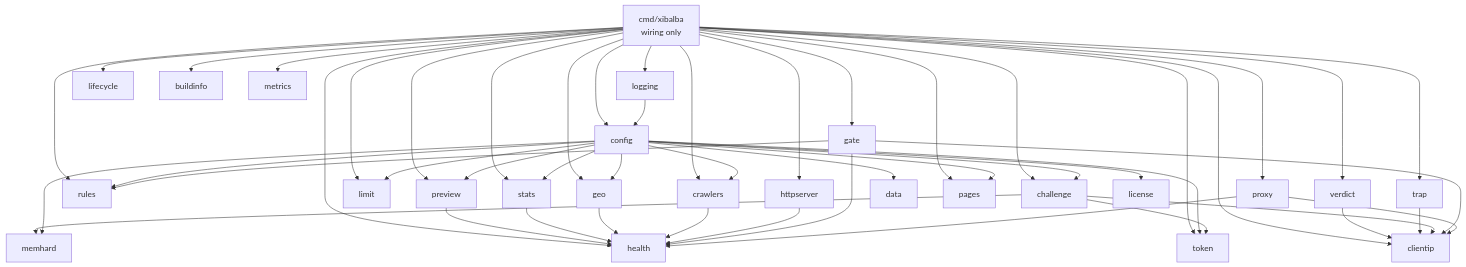
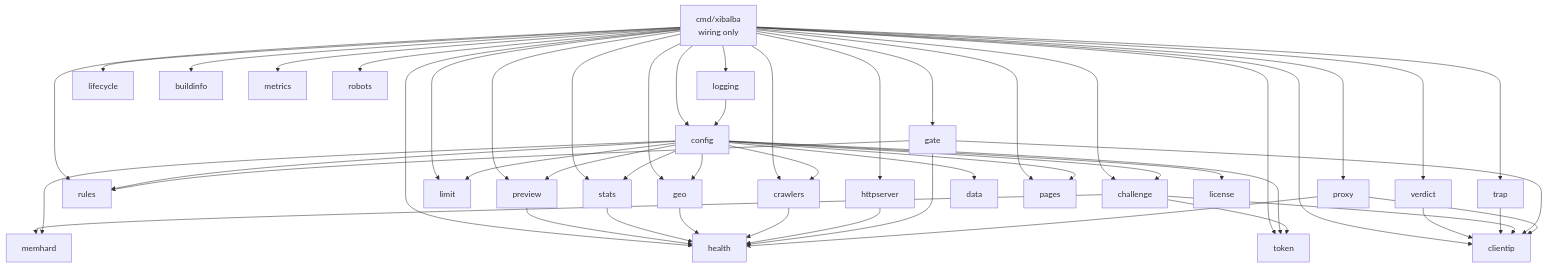
One commit to MaMoja/xibalba changed the first of 2 diagrams in docs/ARCHITECTURE.md. Above: the diagram before and after it, drawn with Mermaid. The commit also changed other lines of this file and 14 other files, not shown here.

````diff
--- a/docs/ARCHITECTURE.md
+++ b/docs/ARCHITECTURE.md
@@ -26,52 +26,53 @@
 ```mermaid
 flowchart TD
     main[cmd/xibalba<br>wiring only] --> config
     main --> logging
     main --> lifecycle
     main --> health
     main --> httpserver
     main --> buildinfo
     main --> clientip
     main --> rules
     main --> crawlers
     main --> limit
     main --> trap
     main --> metrics
     main --> preview
     challenge --> memhard
     config --> memhard
     main --> verdict
+    main --> robots
     verdict --> clientip
     preview --> health
     config --> preview
     main --> stats
     config --> stats
     stats --> health
     main --> geo
     config --> geo
     geo --> health
     trap --> clientip
     config --> limit
     config --> crawlers
     config --> data
     crawlers --> health
     main --> token
     main --> challenge
     main --> gate
     main --> pages
     main --> proxy
     logging --> config
     config --> rules
     httpserver --> health
     config --> license
     config --> pages
     config --> challenge
     config --> token
     challenge --> token
     challenge --> clientip
     gate --> rules
     gate --> clientip
     gate --> health
     proxy --> health
     proxy --> clientip
 ```
````
